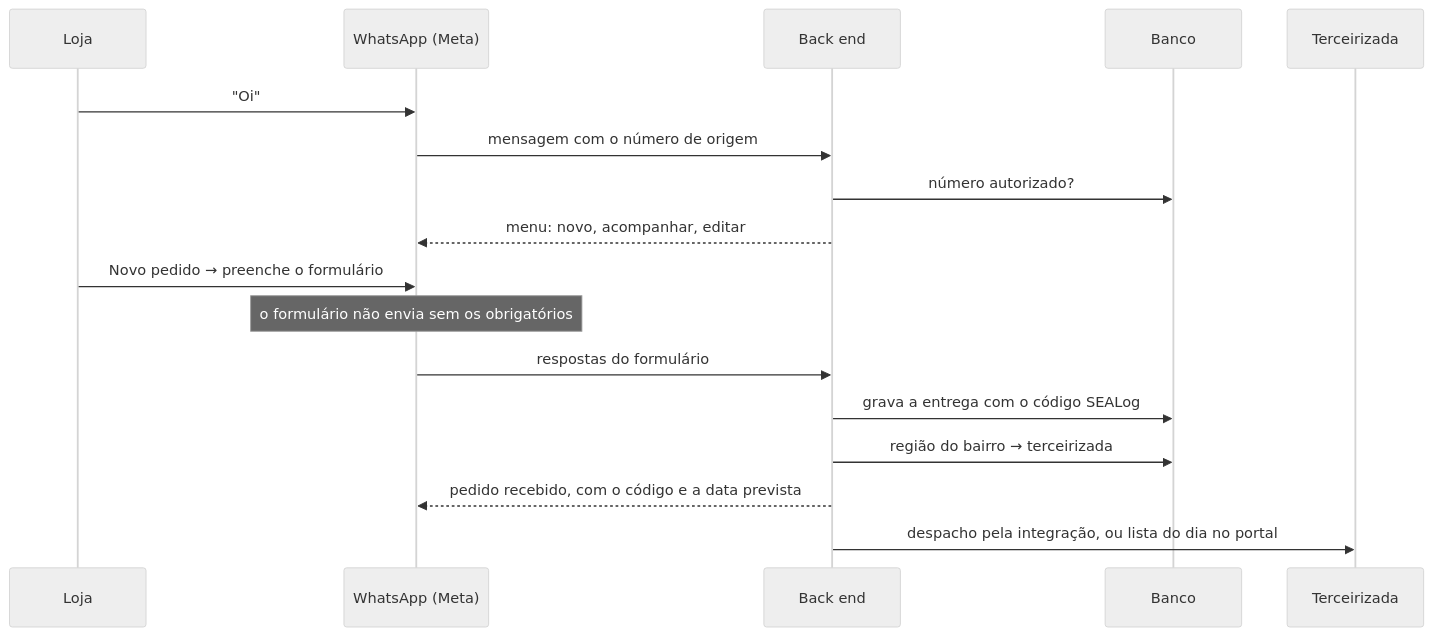
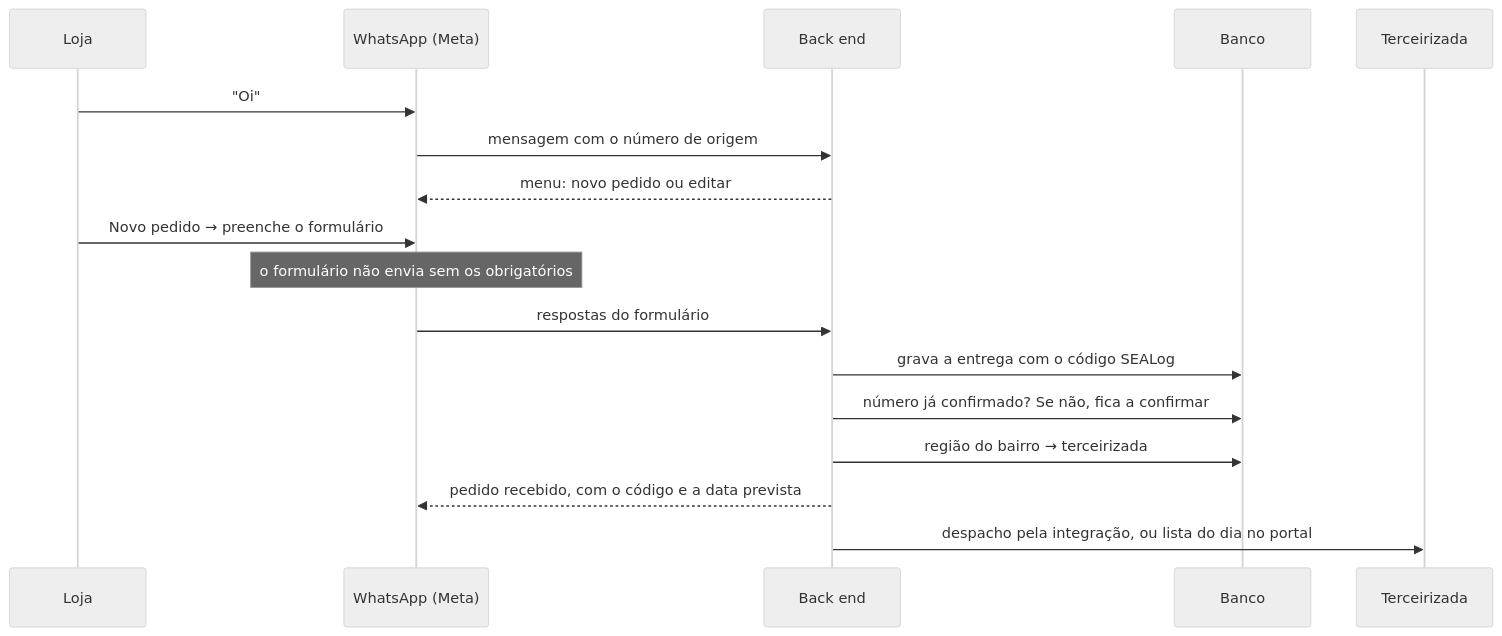
Before and after one commit to dudarmouras/seal-requisitos: the third of 5 diagrams in docs/00-visao-geral/arquitetura.md, drawn with Mermaid (neutral theme). The commit also changed other lines of this file and 9 other files, not shown here.

````diff
--- a/docs/00-visao-geral/arquitetura.md
+++ b/docs/00-visao-geral/arquitetura.md
@@ -116,20 +116,20 @@
 ```mermaid
 sequenceDiagram
   participant L as Loja
   participant W as WhatsApp (Meta)
   participant S as Back end
   participant B as Banco
   participant T as Terceirizada
 
   L->>W: "Oi"
   W->>S: mensagem com o número de origem
-  S->>B: número autorizado?
-  S-->>W: menu: novo, acompanhar, editar
+  S-->>W: menu: novo pedido ou editar
   L->>W: Novo pedido → preenche o formulário
   Note over W: o formulário não envia sem os obrigatórios
   W->>S: respostas do formulário
   S->>B: grava a entrega com o código SEALog
+  S->>B: número já confirmado? Se não, fica a confirmar
   S->>B: região do bairro → terceirizada
   S-->>W: pedido recebido, com o código e a data prevista
   S->>T: despacho pela integração, ou lista do dia no portal
 ```
````
